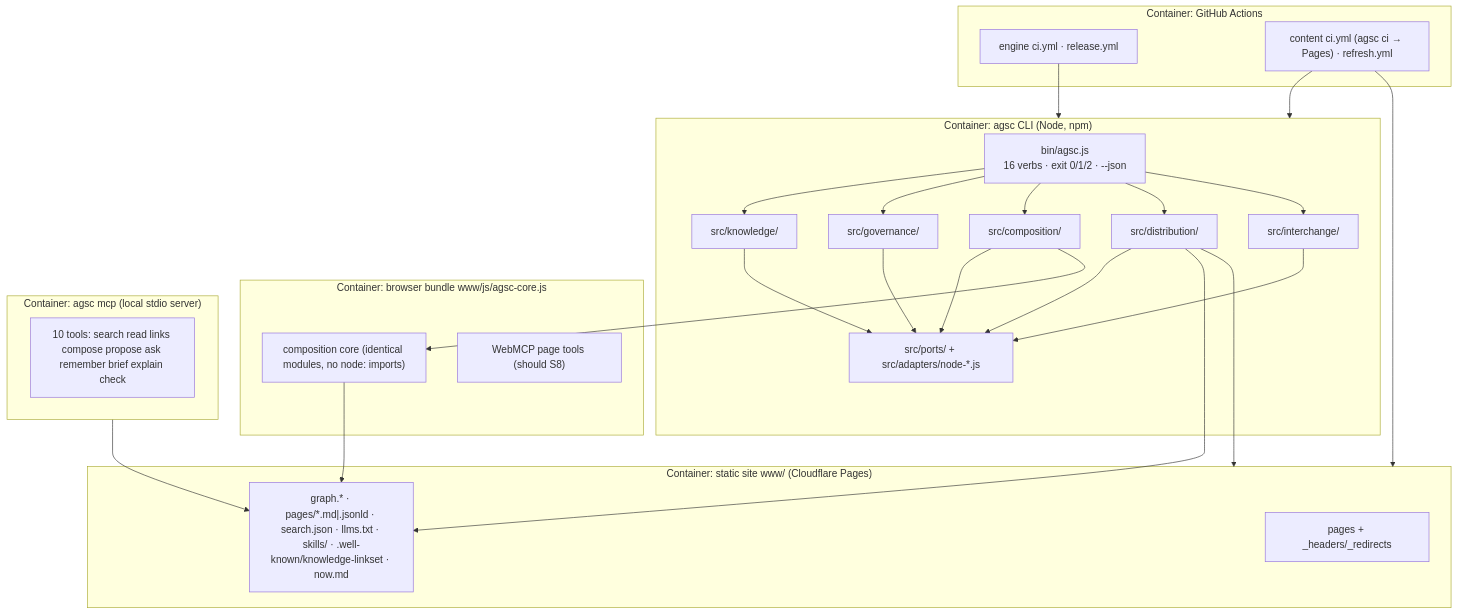
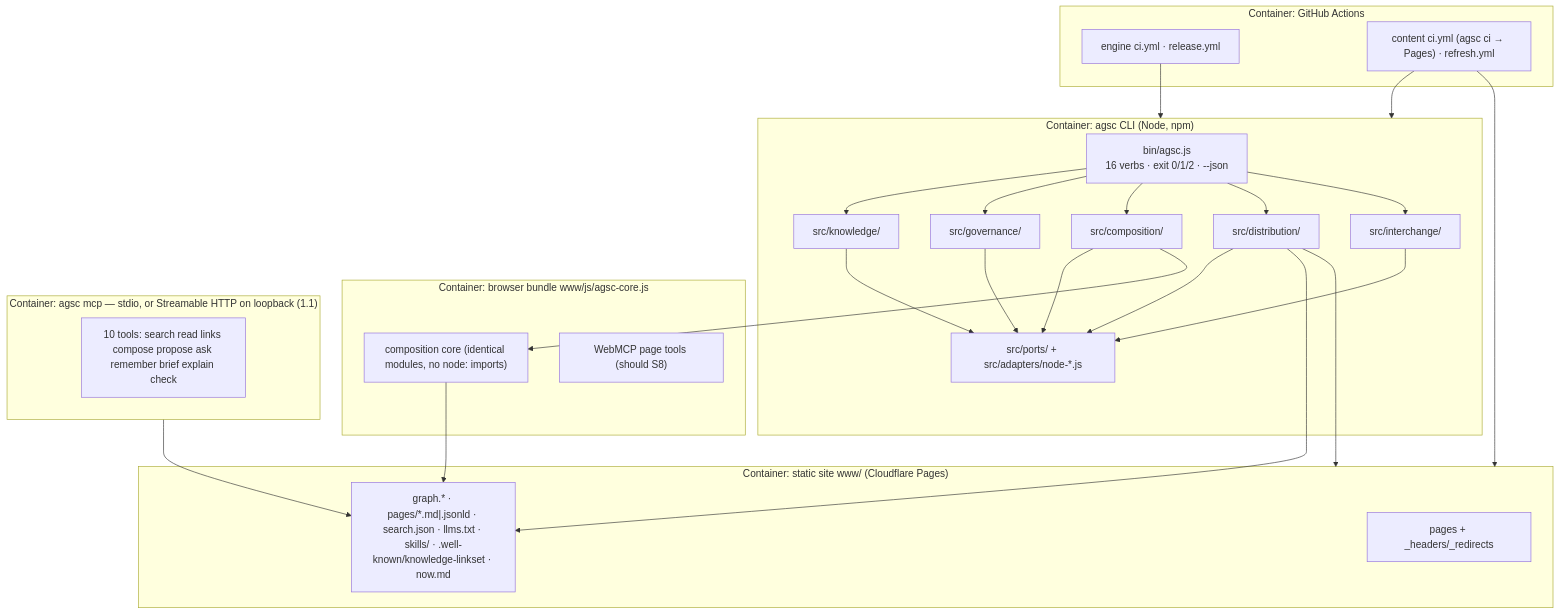
One commit to andreibesleaga/agentic-system-core changed the second of 2 diagrams in docs/PLAN.md. Above: the diagram before and after it, drawn with Mermaid. The commit also changed other lines of this file and 33 other files, not shown here.

````diff
--- a/docs/PLAN.md
+++ b/docs/PLAN.md
@@ -123,37 +123,37 @@
 ```mermaid
 graph TB
   subgraph CLI["Container: agsc CLI (Node, npm)"]
     BIN["bin/agsc.js<br/>16 verbs · exit 0/1/2 · --json"]
     K["src/knowledge/"]
     G["src/governance/"]
     C["src/composition/"]
     D["src/distribution/"]
     I["src/interchange/"]
     P["src/ports/ + src/adapters/node-*.js"]
   end
   subgraph BR["Container: browser bundle www/js/agsc-core.js"]
     CB["composition core (identical modules, no node: imports)"]
     WM["WebMCP page tools (should S8)"]
   end
-  subgraph MCP["Container: agsc mcp (local stdio server)"]
+  subgraph MCP["Container: agsc mcp — stdio, or Streamable HTTP on loopback (1.1)"]
     T["10 tools: search read links compose propose ask remember brief explain check"]
   end
   subgraph CI["Container: GitHub Actions"]
     CIY["engine ci.yml · release.yml"]
     CTY["content ci.yml (agsc ci → Pages) · refresh.yml"]
   end
   subgraph ST["Container: static site www/ (Cloudflare Pages)"]
     HTML["pages + _headers/_redirects"]
     MACH["graph.* · pages/*.md|.jsonld · search.json · llms.txt · skills/ · .well-known/knowledge-linkset · now.md"]
   end
   BIN --> K & G & C & D & I
   K & G & C & D & I --> P
   D --> ST
   C --> CB
   D --> MACH
   MCP --> MACH
   CB --> MACH
   CIY --> CLI
   CTY --> CLI
   CTY --> ST
 ```
````
